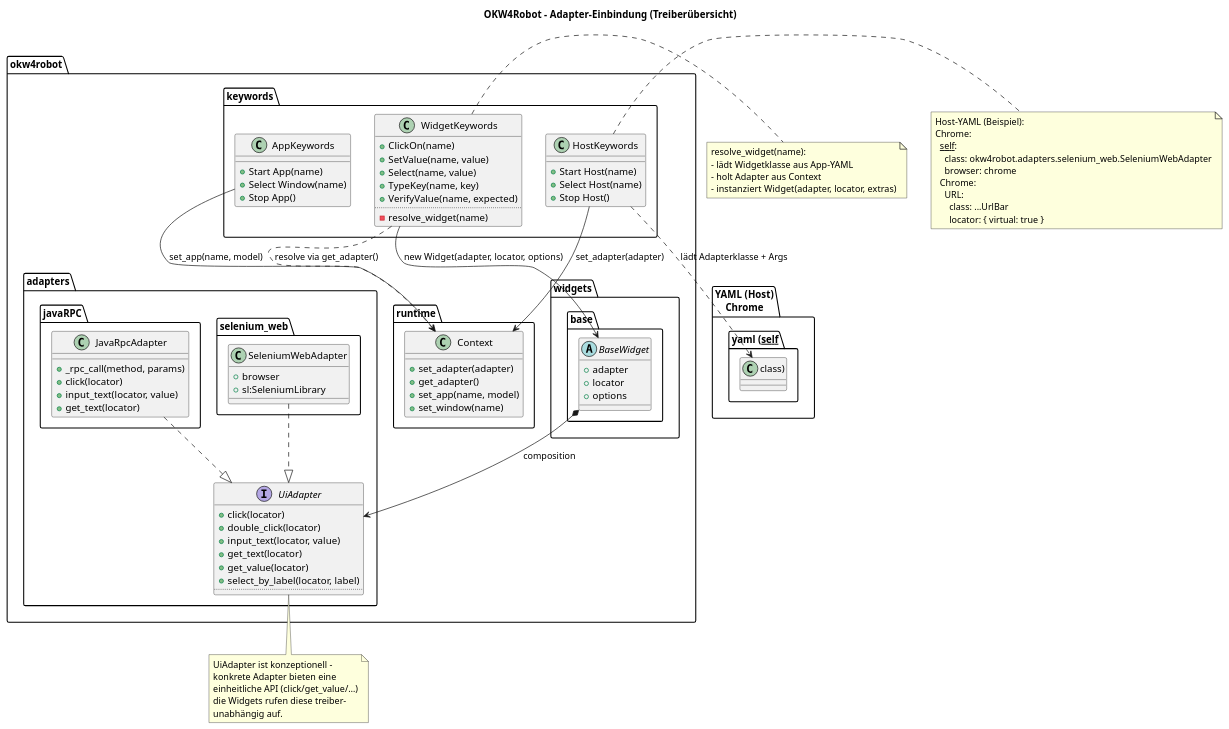
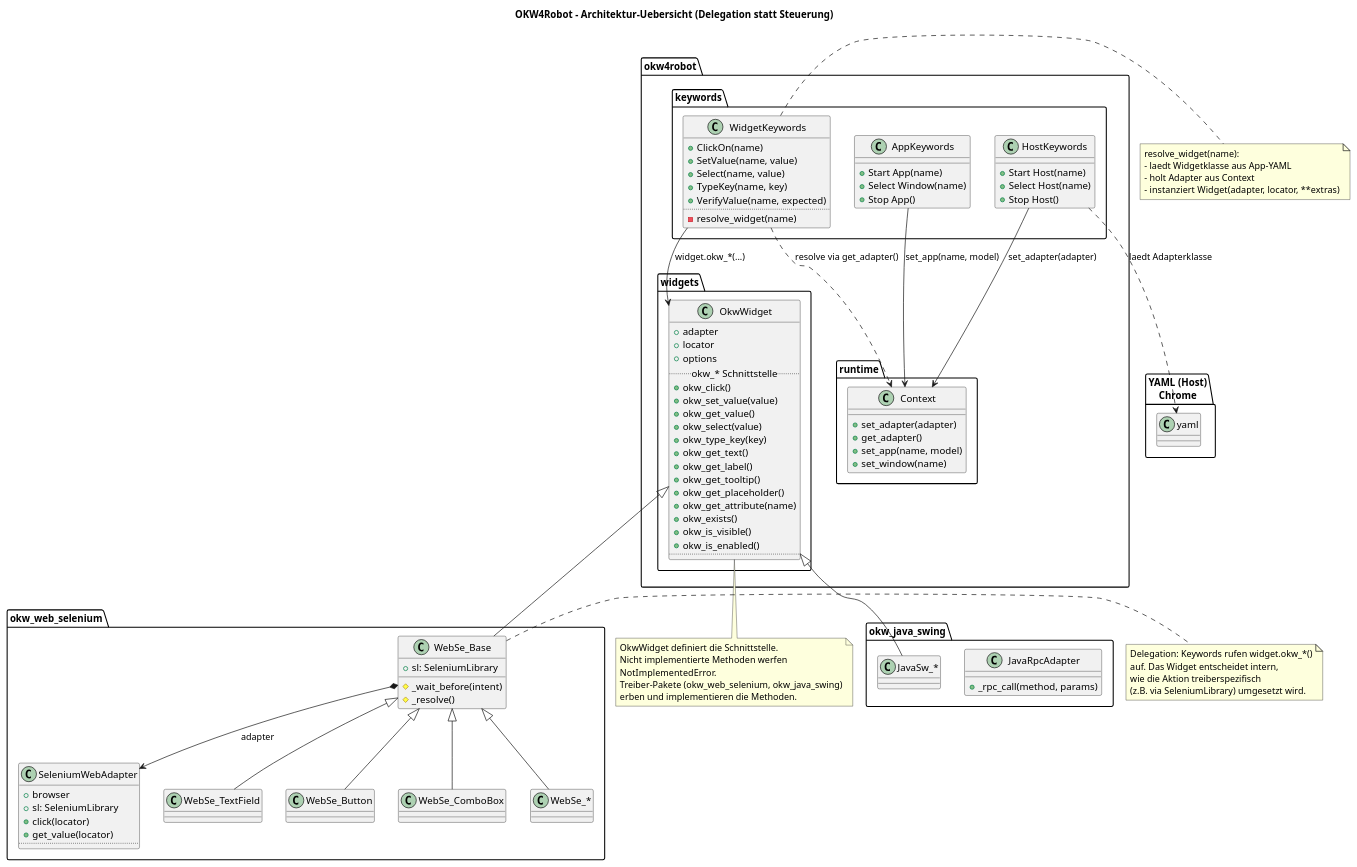
One commit to Hrabovszki1023/robotframework-okw-web-selenium changed the diagram in docs/diagramms/adapters_overview.puml. Above: the diagram before and after it, drawn with PlantUML. The commit also changed 100 other files, not shown here.

First line of the commit message:
feat: WebSe_* Widget-Klassen, YAML-Locators umgestellt, Altlasten bereinigt

```diff
--- a/docs/diagramms/adapters_overview.puml
+++ b/docs/diagramms/adapters_overview.puml
@@ -1,105 +1,121 @@
 @startuml AdaptersOverview
-title OKW4Robot – Adapter-Einbindung (Treiberübersicht)
+title OKW4Robot – Architektur-Uebersicht (Delegation statt Steuerung)
 
 package "okw4robot.runtime" {
   class Context {
     +set_adapter(adapter)
     +get_adapter()
     +set_app(name, model)
     +set_window(name)
   }
 }
 
 package "okw4robot.keywords" {
   class HostKeywords {
     +Start Host(name)
     +Select Host(name)
     +Stop Host()
   }
   class AppKeywords {
     +Start App(name)
     +Select Window(name)
     +Stop App()
   }
   class WidgetKeywords {
     +ClickOn(name)
     +SetValue(name, value)
     +Select(name, value)
     +TypeKey(name, key)
     +VerifyValue(name, expected)
     ..
     - resolve_widget(name)
   }
 }
 
-package "okw4robot.widgets.base" {
-  abstract class BaseWidget {
+package "okw4robot.widgets" {
+  class OkwWidget {
     +adapter
     +locator
     +options
+    .. okw_* Schnittstelle ..
+    +okw_click()
+    +okw_set_value(value)
+    +okw_get_value()
+    +okw_select(value)
+    +okw_type_key(key)
+    +okw_get_text()
+    +okw_get_label()
+    +okw_get_tooltip()
+    +okw_get_placeholder()
+    +okw_get_attribute(name)
+    +okw_exists()
+    +okw_is_visible()
+    +okw_is_enabled()
+    ..
   }
 }
 
-package "okw4robot.adapters" {
-  interface UiAdapter {
+package "okw_web_selenium" {
+  class SeleniumWebAdapter {
+    +browser
+    +sl: SeleniumLibrary
     +click(locator)
-    +double_click(locator)
-    +input_text(locator, value)
-    +get_text(locator)
     +get_value(locator)
-    +select_by_label(locator, label)
     ..
   }
-  package "selenium_web" {
-    class SeleniumWebAdapter {
-      +browser
-      +sl:SeleniumLibrary
-    }
+  class WebSe_Base {
+    +sl: SeleniumLibrary
+    # _wait_before(intent)
+    # _resolve()
   }
-  package "javaRPC" {
-    class JavaRpcAdapter {
-      +_rpc_call(method, params)
-      +click(locator)
-      +input_text(locator, value)
-      +get_text(locator)
-    }
+  class WebSe_TextField
+  class WebSe_Button
+  class WebSe_ComboBox
+  class "WebSe_*" as WebSeOther
+}
+
+package "okw_java_swing" {
+  class JavaRpcAdapter {
+    +_rpc_call(method, params)
   }
+  class "JavaSw_*" as JavaSwOther
 }
 
 HostKeywords --> Context : set_adapter(adapter)
-HostKeywords ..> "YAML (Host)\nChrome.yaml (__self__.class)" : lädt Adapterklasse + Args
+HostKeywords ..> "YAML (Host)\nChrome.yaml" : laedt Adapterklasse
 AppKeywords --> Context : set_app(name, model)
 WidgetKeywords ..> Context : resolve via get_adapter()
-WidgetKeywords --> BaseWidget : new Widget(adapter, locator, options)
-BaseWidget *--> UiAdapter : composition
-SeleniumWebAdapter ..|> UiAdapter
-JavaRpcAdapter ..|> UiAdapter
+WidgetKeywords --> OkwWidget : widget.okw_*(...)
 
-note right of HostKeywords
-Host-YAML (Beispiel):
-Chrome:
-  __self__:
-    class: okw4robot.adapters.selenium_web.SeleniumWebAdapter
-    browser: chrome
-  Chrome:
-    URL:
-      class: ...UrlBar
-      locator: { virtual: true }
-end note
+OkwWidget <|-- WebSe_Base
+WebSe_Base <|-- WebSe_TextField
+WebSe_Base <|-- WebSe_Button
+WebSe_Base <|-- WebSe_ComboBox
+WebSe_Base <|-- WebSeOther
+WebSe_Base *--> SeleniumWebAdapter : adapter
+
+OkwWidget <|-- JavaSwOther
 
 note right of WidgetKeywords
 resolve_widget(name):
-- lädt Widgetklasse aus App-YAML
+- laedt Widgetklasse aus App-YAML
 - holt Adapter aus Context
-- instanziert Widget(adapter, locator, extras)
+- instanziert Widget(adapter, locator, **extras)
 end note
 
-note bottom of UiAdapter
-UiAdapter ist konzeptionell –
-konkrete Adapter bieten eine
-einheitliche API (click/get_value/…)
-die Widgets rufen diese treiber-
-unabhängig auf.
+note bottom of OkwWidget
+OkwWidget definiert die Schnittstelle.
+Nicht implementierte Methoden werfen
+NotImplementedError.
+Treiber-Pakete (okw_web_selenium, okw_java_swing)
+erben und implementieren die Methoden.
+end note
+
+note right of WebSe_Base
+Delegation: Keywords rufen widget.okw_*()
+auf. Das Widget entscheidet intern,
+wie die Aktion treiberspezifisch
+(z.B. via SeleniumLibrary) umgesetzt wird.
 end note
 
 @enduml
```
